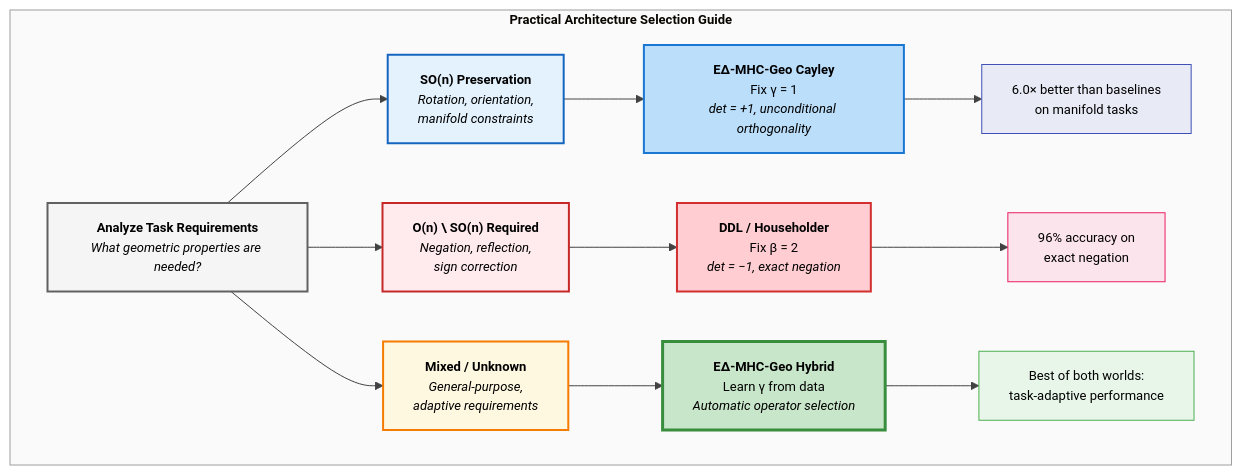
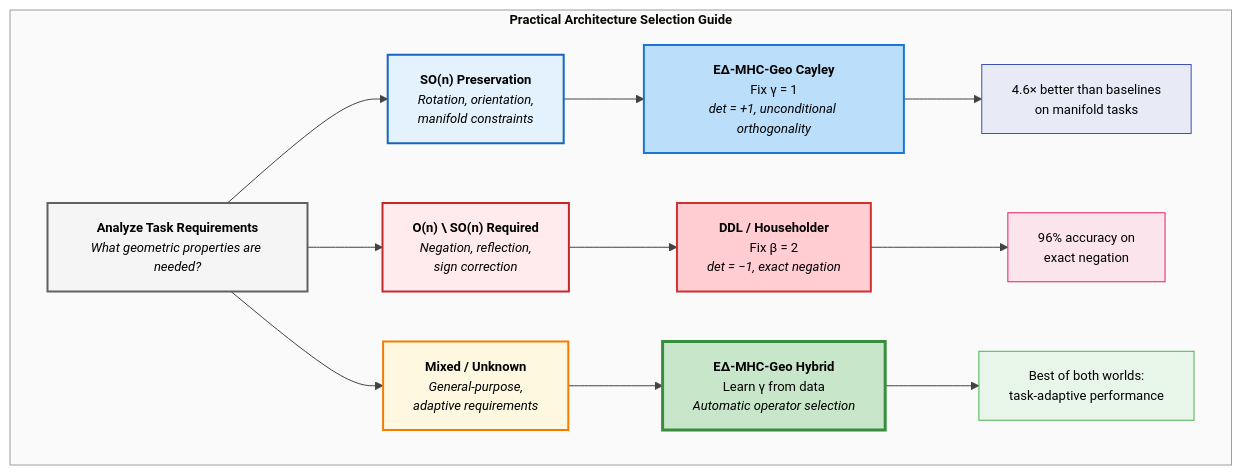
The tenth of 10 diagrams in docs/RESEARCH.md (arash-shahmansoori/edelta), drawn with Mermaid before and after one commit. The commit also changed other lines of this file and 16 other files, not shown here.

````diff
--- a/docs/RESEARCH.md
+++ b/docs/RESEARCH.md
@@ -2005,31 +2011,31 @@
 ```mermaid
 %%{init: {'theme': 'base', 'themeVariables': { 'fontSize': '13px', 'fontFamily': 'Georgia, Times New Roman, serif', 'primaryTextColor': '#000000', 'lineColor': '#424242'}}}%%
 flowchart TB
     subgraph GUIDE["<b>Practical Architecture Selection Guide</b>"]
         Q["<b>Analyze Task Requirements</b><br/><i>What geometric properties are needed?</i>"]
         
         Q --> T1["<b>SO(n) Preservation</b><br/><i>Rotation, orientation,</i><br/><i>manifold constraints</i>"]
         Q --> T2["<b>O(n) \ SO(n) Required</b><br/><i>Negation, reflection,</i><br/><i>sign correction</i>"]
         Q --> T3["<b>Mixed / Unknown</b><br/><i>General-purpose,</i><br/><i>adaptive requirements</i>"]
         
         T1 --> A1["<b>E∆-MHC-Geo Cayley</b><br/>Fix γ = 1<br/><i>det = +1, unconditional orthogonality</i>"]
         T2 --> A2["<b>DDL / Householder</b><br/>Fix β = 2<br/><i>det = −1, exact negation</i>"]
         T3 --> A3["<b>E∆-MHC-Geo Hybrid</b><br/>Learn γ from data<br/><i>Automatic operator selection</i>"]
         
-        A1 --> PERF1["6.0× better than baselines<br/>on manifold tasks"]
+        A1 --> PERF1["4.6× better than baselines<br/>on manifold tasks"]
         A2 --> PERF2["96% accuracy on<br/>exact negation"]
         A3 --> PERF3["Best of both worlds:<br/>task-adaptive performance"]
     end
     
     style Q fill:#f5f5f5,stroke:#616161,stroke-width:2px
     style T1 fill:#e3f2fd,stroke:#1565c0,stroke-width:2px
     style T2 fill:#ffebee,stroke:#c62828,stroke-width:2px
     style T3 fill:#fff8e1,stroke:#f57c00,stroke-width:2px
     style A1 fill:#bbdefb,stroke:#1976d2,stroke-width:2px
     style A2 fill:#ffcdd2,stroke:#d32f2f,stroke-width:2px
     style A3 fill:#c8e6c9,stroke:#388e3c,stroke-width:3px
     style GUIDE fill:#fafafa,stroke:#9e9e9e,stroke-width:1px
     style PERF1 fill:#e8eaf6,stroke:#3f51b5,stroke-width:1px
     style PERF2 fill:#fce4ec,stroke:#e91e63,stroke-width:1px
     style PERF3 fill:#e8f5e9,stroke:#4caf50,stroke-width:1px
 ```
````
